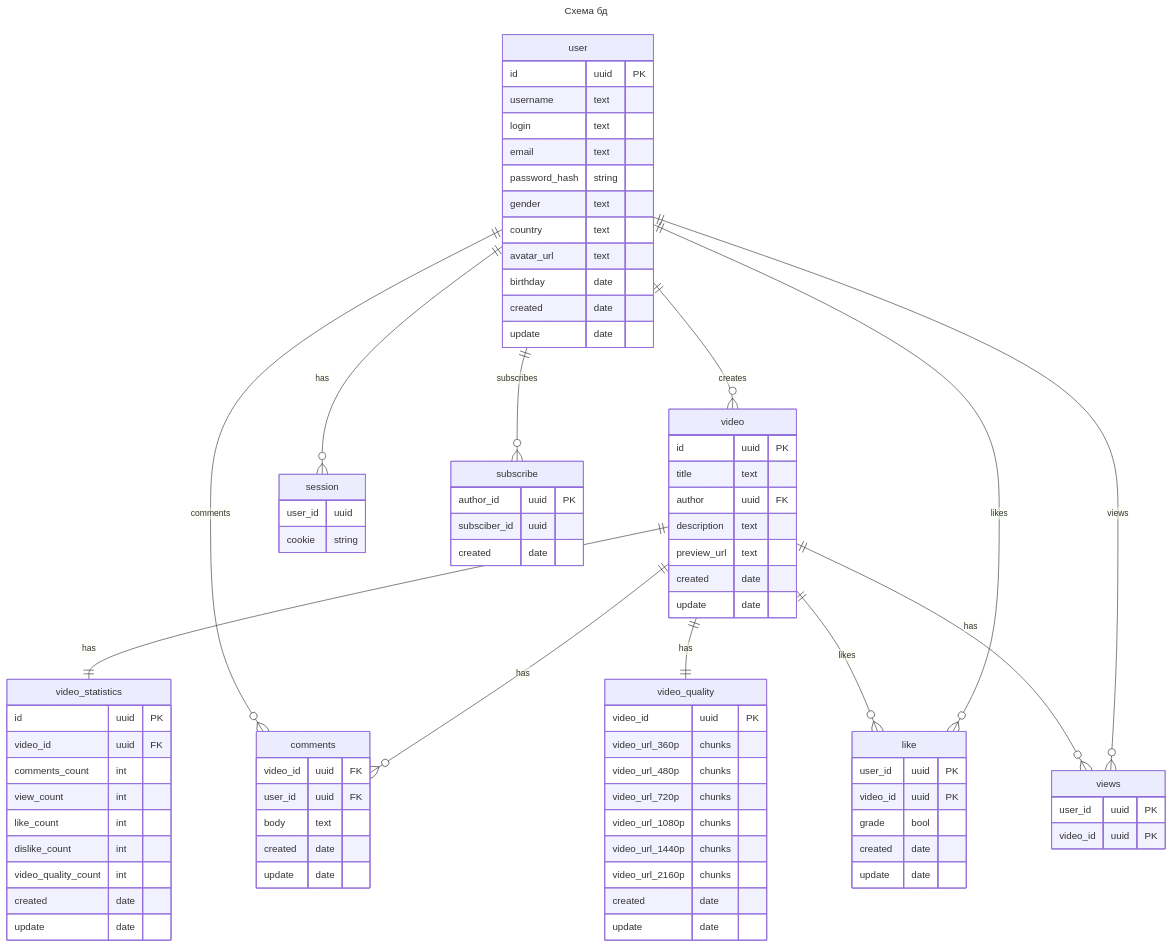
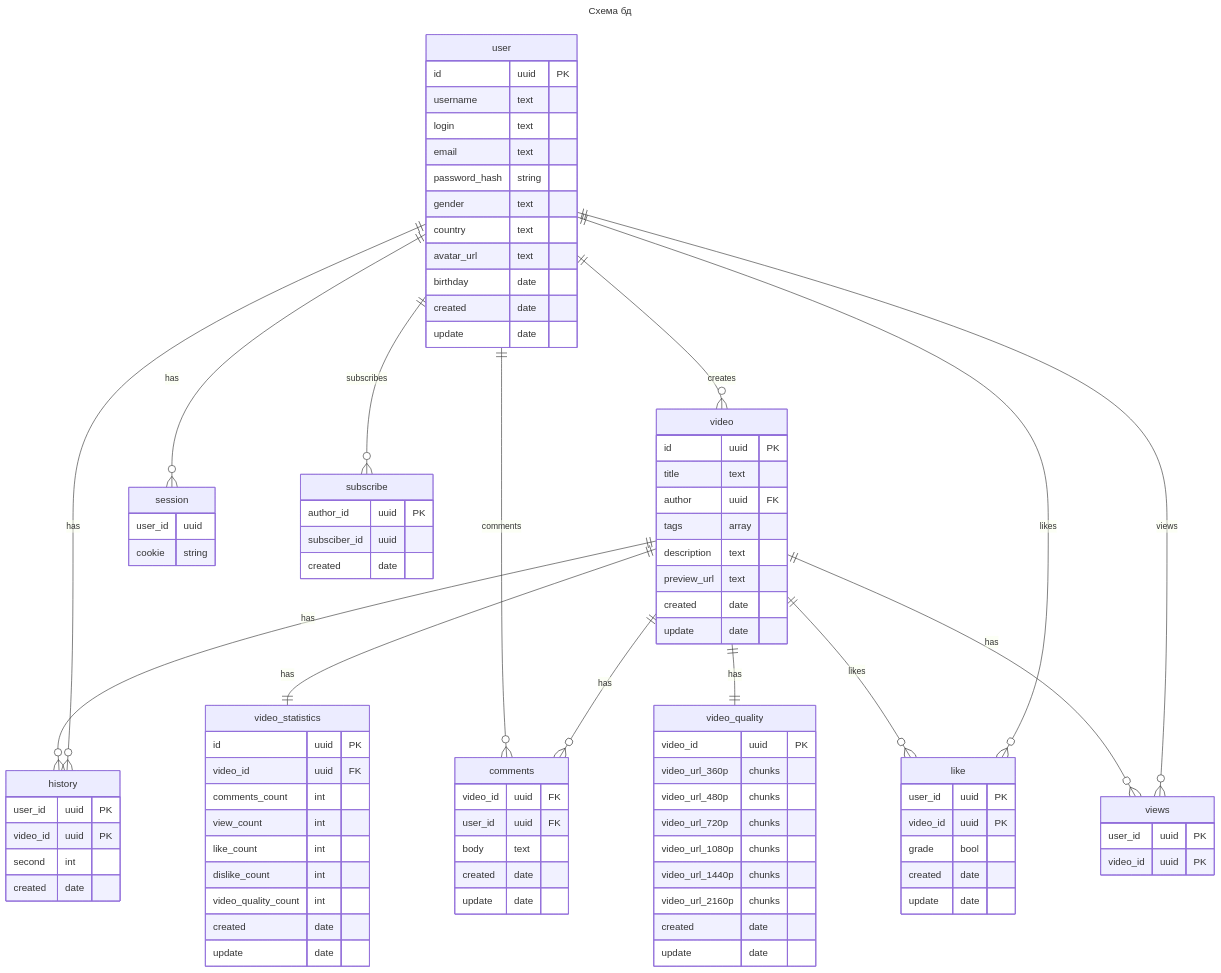
Before and after one commit to DmitriyKomarovCoder/higload-youtube: the first of 3 diagrams in README.md, drawn with Mermaid. The commit also changed other lines of this file, not shown here.

```diff
--- a/README.md
+++ b/README.md
@@ -456,7 +459,12 @@
 title: Схема бд
 ---
 erDiagram
-
+    history {
+        user_id uuid PK
+        video_id uuid PK
+        second int
+        created date
+    }
     like {
         user_id uuid PK
         video_id uuid PK
@@ -468,6 +476,7 @@
         id uuid PK
         title text
         author uuid FK
+        tags array
         description text
         preview_url text
         created date
@@ -528,6 +537,8 @@
         user_id uuid PK
         video_id uuid PK
     }
+    user ||--o{ history : has
+    video ||--o{ history : has
 
     user ||--o{ video : creates
     video ||--o{ comments : has
```
